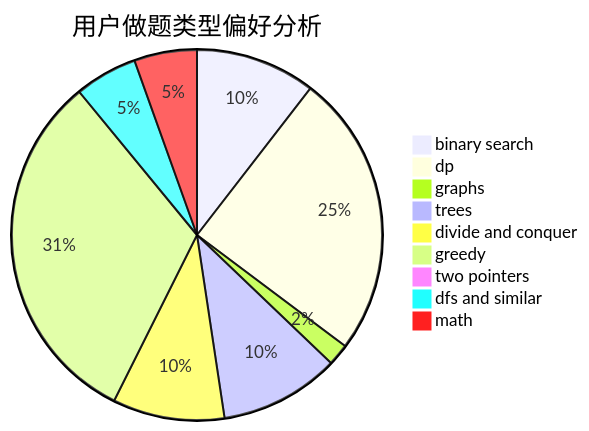
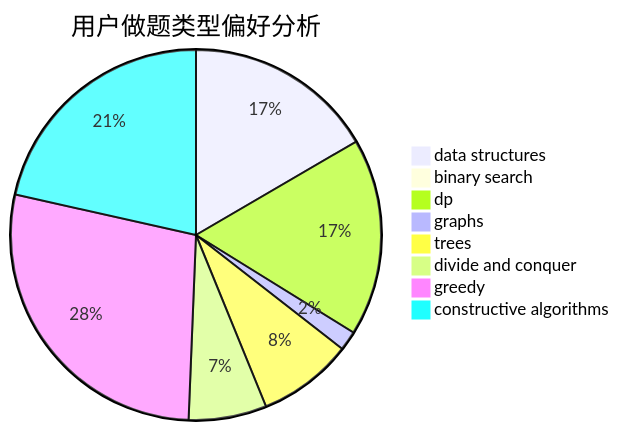
The second of 3 diagrams in docs/user/u1671.md (sherpahu/cfrs.github.io), drawn with Mermaid before and after one commit. The commit also changed other lines of this file and 2775 other files, not shown here.

````diff
--- a/docs/user/u1671.md
+++ b/docs/user/u1671.md
@@ -23,12 +23,11 @@
 ```mermaid
 pie title 用户做题类型偏好分析
-    "binary search" :  44
-    "dp" :  104
+    "data structures" :  78
+    "binary search" :  0
+    "dp" :  81
     "graphs" :  8
-    "trees" :  44
-    "divide and conquer" :  41
-    "greedy" :  133
-    "two pointers" :  3
-    "dfs and similar" :  23
-    "math" :  23
+    "trees" :  39
+    "divide and conquer" :  32
+    "greedy" :  131
+    "constructive algorithms" :  101
 ```
````
